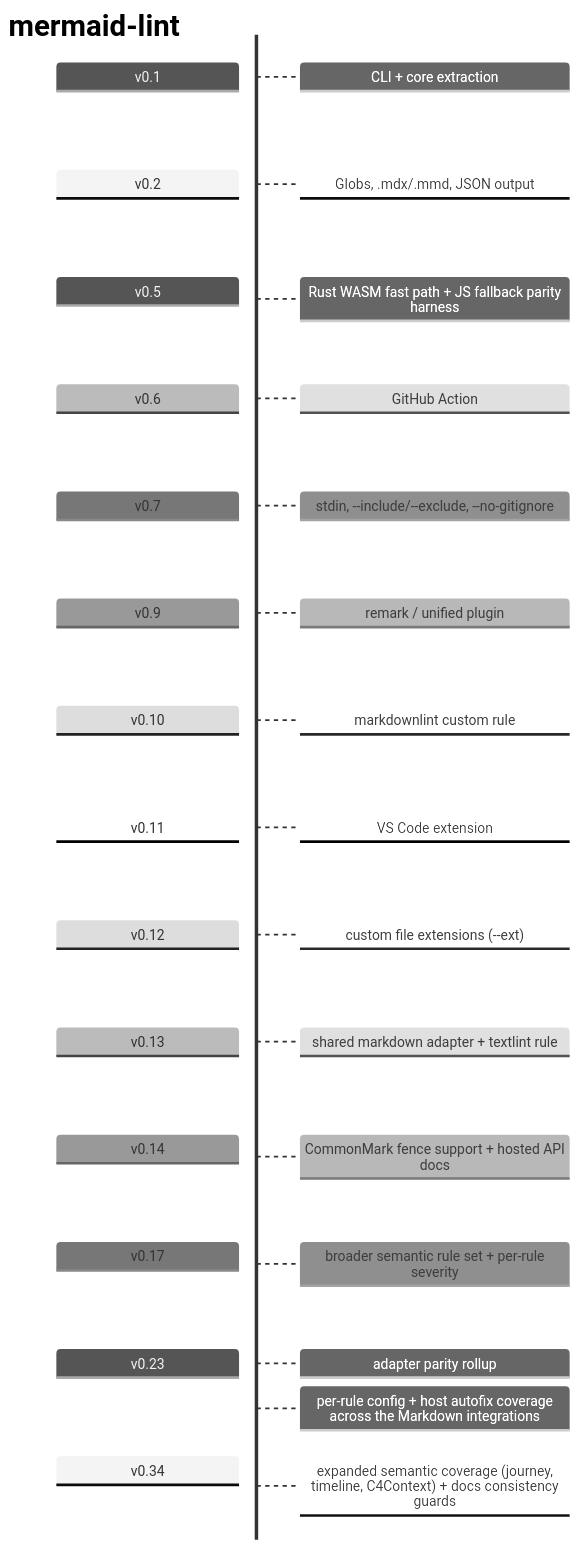
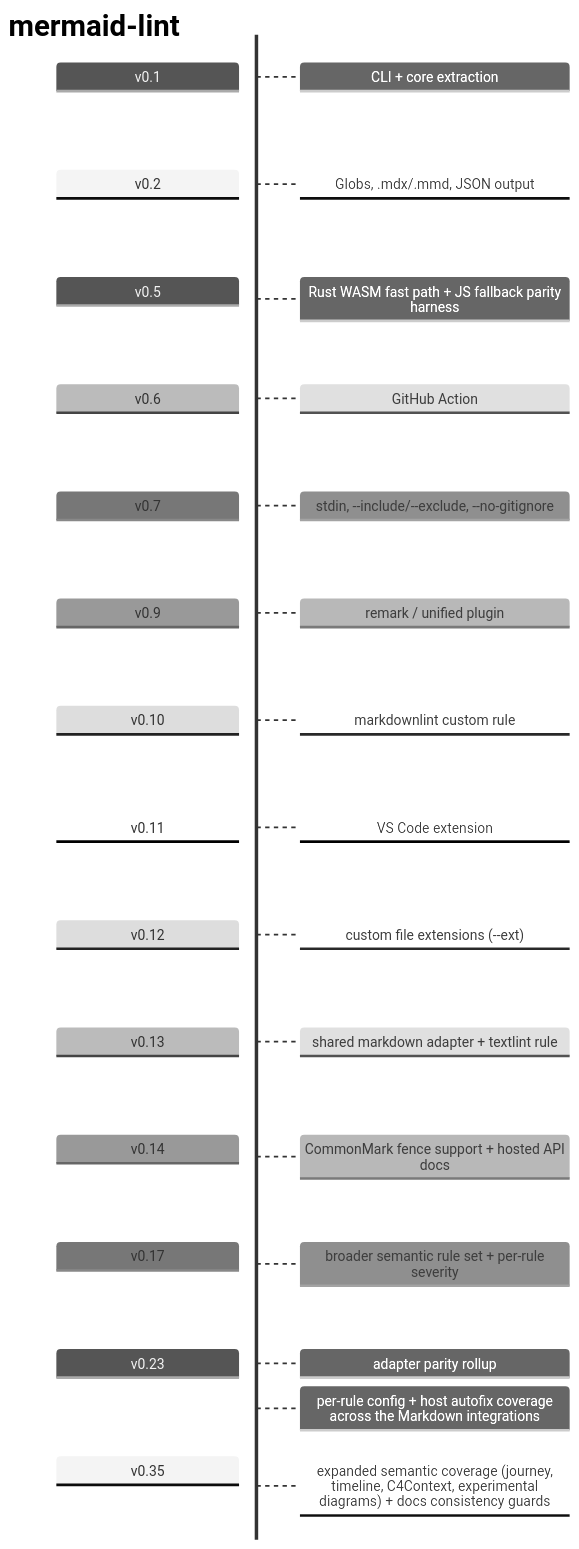
One commit to jasonworden/mermaid-lint changed the diagram in docs/release-history.md. Above: the diagram before and after it, drawn with Mermaid (neutral theme).

Commit message:
docs: update release history to v0.35

````diff
--- a/docs/release-history.md
+++ b/docs/release-history.md
@@ -6,18 +6,18 @@
 ```mermaid
 timeline TD
   title mermaid-lint
   v0.1 : CLI + core extraction
   v0.2 : Globs, .mdx/.mmd, JSON output
   v0.5 : Rust WASM fast path + JS fallback parity harness
   v0.6 : GitHub Action
   v0.7 : stdin, --include/--exclude, --no-gitignore
   v0.9 : remark / unified plugin
   v0.10 : markdownlint custom rule
   v0.11 : VS Code extension
   v0.12 : custom file extensions (--ext)
   v0.13 : shared markdown adapter + textlint rule
   v0.14 : CommonMark fence support + hosted API docs
   v0.17 : broader semantic rule set + per-rule severity
   v0.23 : adapter parity rollup: per-rule config + host autofix coverage across the Markdown integrations
-  v0.34 : expanded semantic coverage (journey, timeline, C4Context) + docs consistency guards
+  v0.35 : expanded semantic coverage (journey, timeline, C4Context, experimental diagrams) + docs consistency guards
 ```
````
